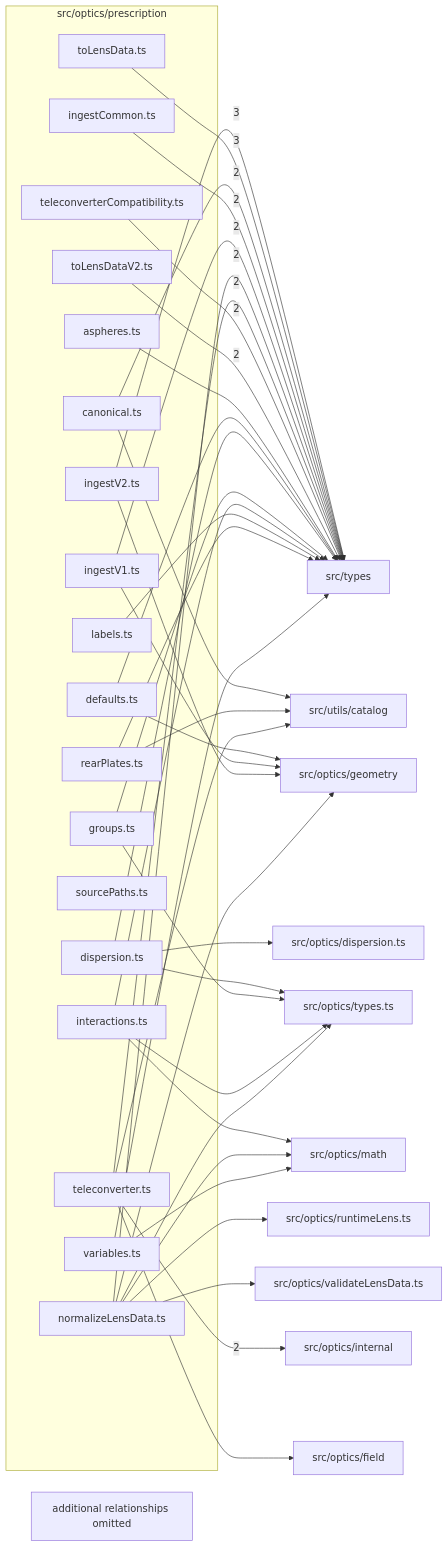
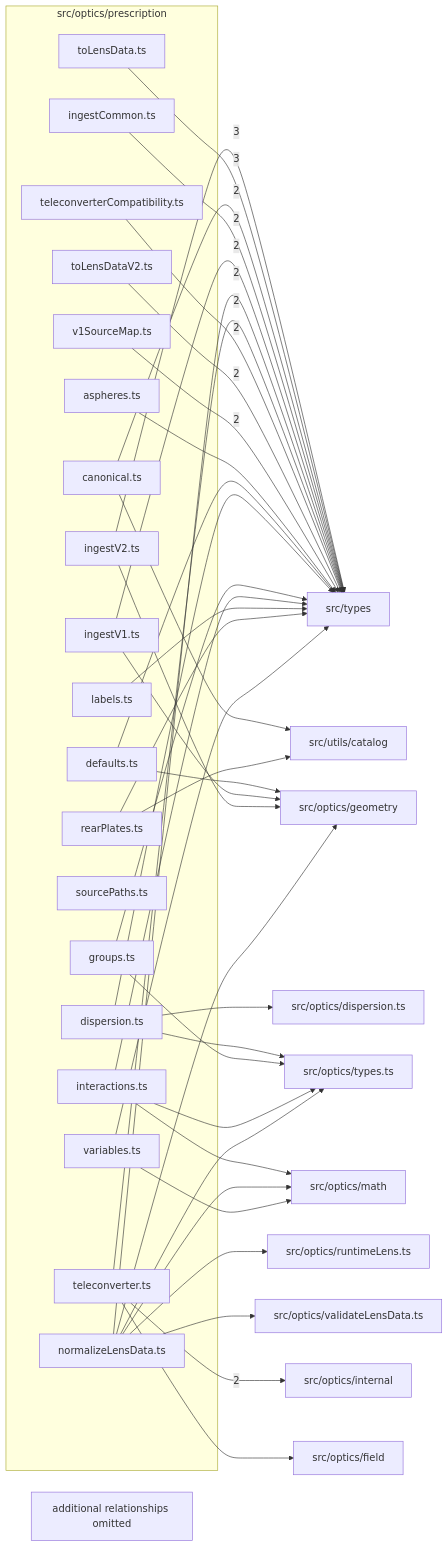
The diagram in src/optics/prescription/readme.md (ronbuening/LensVisualizer), drawn with Mermaid before and after one commit. The commit also changed other lines of this file and 33 other files, not shown here.

````diff
--- a/src/optics/prescription/readme.md
+++ b/src/optics/prescription/readme.md
@@ -9,70 +9,71 @@
 ```mermaid
 flowchart LR
   subgraph n_src_optics_prescription["src/optics/prescription"]
     n_src_optics_prescription_src_optics_prescription_aspheres_ts["aspheres.ts"]
     n_src_optics_prescription_src_optics_prescription_canonical_ts["canonical.ts"]
     n_src_optics_prescription_src_optics_prescription_defaults_ts["defaults.ts"]
     n_src_optics_prescription_src_optics_prescription_dispersion_ts["dispersion.ts"]
     n_src_optics_prescription_src_optics_prescription_groups_ts["groups.ts"]
     n_src_optics_prescription_src_optics_prescription_ingestCommon_ts["ingestCommon.ts"]
     n_src_optics_prescription_src_optics_prescription_ingestV1_ts["ingestV1.ts"]
     n_src_optics_prescription_src_optics_prescription_ingestV2_ts["ingestV2.ts"]
     n_src_optics_prescription_src_optics_prescription_interactions_ts["interactions.ts"]
     n_src_optics_prescription_src_optics_prescription_labels_ts["labels.ts"]
     n_src_optics_prescription_src_optics_prescription_normalizeLensData_ts["normalizeLensData.ts"]
     n_src_optics_prescription_src_optics_prescription_rearPlates_ts["rearPlates.ts"]
     n_src_optics_prescription_src_optics_prescription_sourcePaths_ts["sourcePaths.ts"]
     n_src_optics_prescription_src_optics_prescription_teleconverter_ts["teleconverter.ts"]
     n_src_optics_prescription_src_optics_prescription_teleconverterCompatibility_ts["teleconverterCompatibility.ts"]
     n_src_optics_prescription_src_optics_prescription_toLensData_ts["toLensData.ts"]
     n_src_optics_prescription_src_optics_prescription_toLensDataV2_ts["toLensDataV2.ts"]
+    n_src_optics_prescription_src_optics_prescription_v1SourceMap_ts["v1SourceMap.ts"]
     n_src_optics_prescription_src_optics_prescription_variables_ts["variables.ts"]
   end
   n_external_src_types["src/types"]
   n_external_src_optics_internal["src/optics/internal"]
   n_external_src_optics_dispersion_ts["src/optics/dispersion.ts"]
   n_external_src_optics_field["src/optics/field"]
   n_external_src_optics_geometry["src/optics/geometry"]
   n_external_src_optics_math["src/optics/math"]
   n_external_src_optics_runtimeLens_ts["src/optics/runtimeLens.ts"]
   n_external_src_optics_types_ts["src/optics/types.ts"]
   n_external_src_optics_validateLensData_ts["src/optics/validateLensData.ts"]
   n_external_src_utils_catalog["src/utils/catalog"]
   n_src_optics_prescription_src_optics_prescription_ingestV2_ts --> |3| n_external_src_types
   n_src_optics_prescription_src_optics_prescription_toLensData_ts --> |3| n_external_src_types
   n_src_optics_prescription_src_optics_prescription_teleconverter_ts --> |2| n_external_src_optics_internal
   n_src_optics_prescription_src_optics_prescription_canonical_ts --> |2| n_external_src_types
   n_src_optics_prescription_src_optics_prescription_ingestCommon_ts --> |2| n_external_src_types
   n_src_optics_prescription_src_optics_prescription_ingestV1_ts --> |2| n_external_src_types
   n_src_optics_prescription_src_optics_prescription_normalizeLensData_ts --> |2| n_external_src_types
   n_src_optics_prescription_src_optics_prescription_teleconverter_ts --> |2| n_external_src_types
   n_src_optics_prescription_src_optics_prescription_teleconverterCompatibility_ts --> |2| n_external_src_types
   n_src_optics_prescription_src_optics_prescription_toLensDataV2_ts --> |2| n_external_src_types
+  n_src_optics_prescription_src_optics_prescription_v1SourceMap_ts --> |2| n_external_src_types
   n_src_optics_prescription_src_optics_prescription_dispersion_ts --> n_external_src_optics_dispersion_ts
   n_src_optics_prescription_src_optics_prescription_teleconverter_ts --> n_external_src_optics_field
   n_src_optics_prescription_src_optics_prescription_defaults_ts --> n_external_src_optics_geometry
   n_src_optics_prescription_src_optics_prescription_ingestV1_ts --> n_external_src_optics_geometry
   n_src_optics_prescription_src_optics_prescription_ingestV2_ts --> n_external_src_optics_geometry
   n_src_optics_prescription_src_optics_prescription_normalizeLensData_ts --> n_external_src_optics_geometry
   n_src_optics_prescription_src_optics_prescription_interactions_ts --> n_external_src_optics_math
   n_src_optics_prescription_src_optics_prescription_normalizeLensData_ts --> n_external_src_optics_math
   n_src_optics_prescription_src_optics_prescription_variables_ts --> n_external_src_optics_math
   n_src_optics_prescription_src_optics_prescription_normalizeLensData_ts --> n_external_src_optics_runtimeLens_ts
   n_src_optics_prescription_src_optics_prescription_dispersion_ts --> n_external_src_optics_types_ts
   n_src_optics_prescription_src_optics_prescription_groups_ts --> n_external_src_optics_types_ts
   n_src_optics_prescription_src_optics_prescription_interactions_ts --> n_external_src_optics_types_ts
   n_src_optics_prescription_src_optics_prescription_normalizeLensData_ts --> n_external_src_optics_types_ts
   n_src_optics_prescription_src_optics_prescription_normalizeLensData_ts --> n_external_src_optics_validateLensData_ts
   n_src_optics_prescription_src_optics_prescription_aspheres_ts --> n_external_src_types
   n_src_optics_prescription_src_optics_prescription_defaults_ts --> n_external_src_types
   n_src_optics_prescription_src_optics_prescription_dispersion_ts --> n_external_src_types
   n_src_optics_prescription_src_optics_prescription_groups_ts --> n_external_src_types
   n_src_optics_prescription_src_optics_prescription_interactions_ts --> n_external_src_types
   n_src_optics_prescription_src_optics_prescription_labels_ts --> n_external_src_types
   n_src_optics_prescription_src_optics_prescription_rearPlates_ts --> n_external_src_types
   n_src_optics_prescription_src_optics_prescription_variables_ts --> n_external_src_types
   n_src_optics_prescription_src_optics_prescription_canonical_ts --> n_external_src_utils_catalog
   n_src_optics_prescription_src_optics_prescription_rearPlates_ts --> n_external_src_utils_catalog
-  n_src_optics_prescription_src_optics_prescription_teleconverter_ts --> n_external_src_utils_catalog
   n_src_optics_prescription_truncated["additional relationships omitted"]
 ```
````
